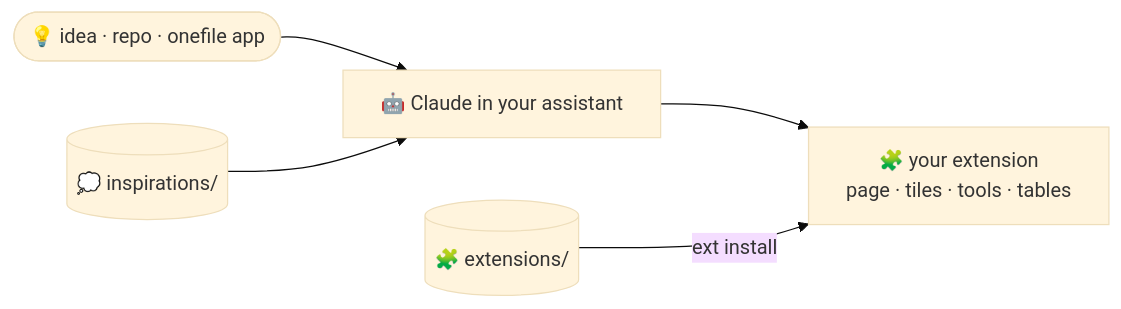
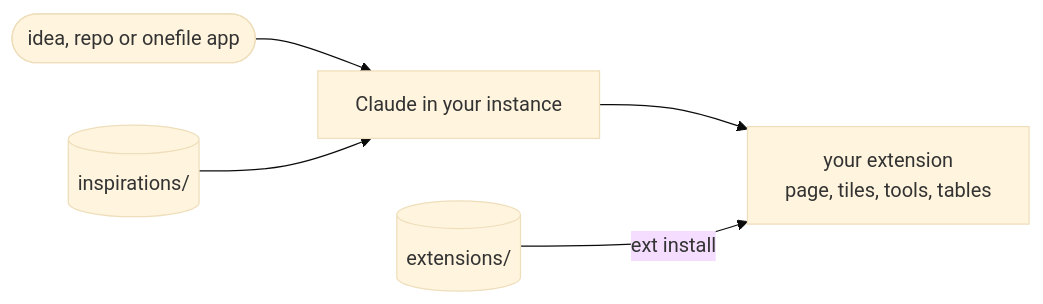
The diagram in README.md (b-niamin/assistant-extensions), drawn with Mermaid (base theme) before and after one commit. The commit also changed other lines of this file and 2 other files, not shown here.

````diff
--- a/README.md
+++ b/README.md
@@ -92,7 +85,7 @@
 ```mermaid
 flowchart LR
-  idea(["💡 idea · repo · onefile app"]) --> claude["🤖 Claude in your assistant"]
-  insp[("💭 inspirations/")] --> claude
-  claude --> ext["🧩 your extension<br/>page · tiles · tools · tables"]
-  ready[("🧩 extensions/")] -- "ext install" --> ext
+  idea(["idea, repo or onefile app"]) --> claude["Claude in your instance"]
+  insp[("inspirations/")] --> claude
+  claude --> ext["your extension<br/>page, tiles, tools, tables"]
+  ready[("extensions/")] -- "ext install" --> ext
 ```
````
